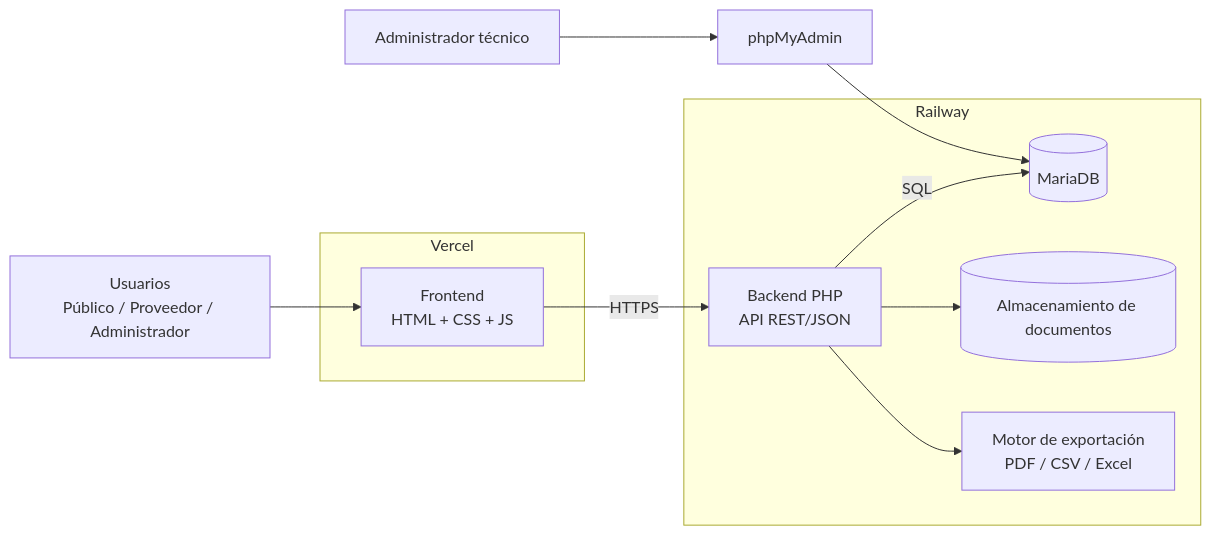
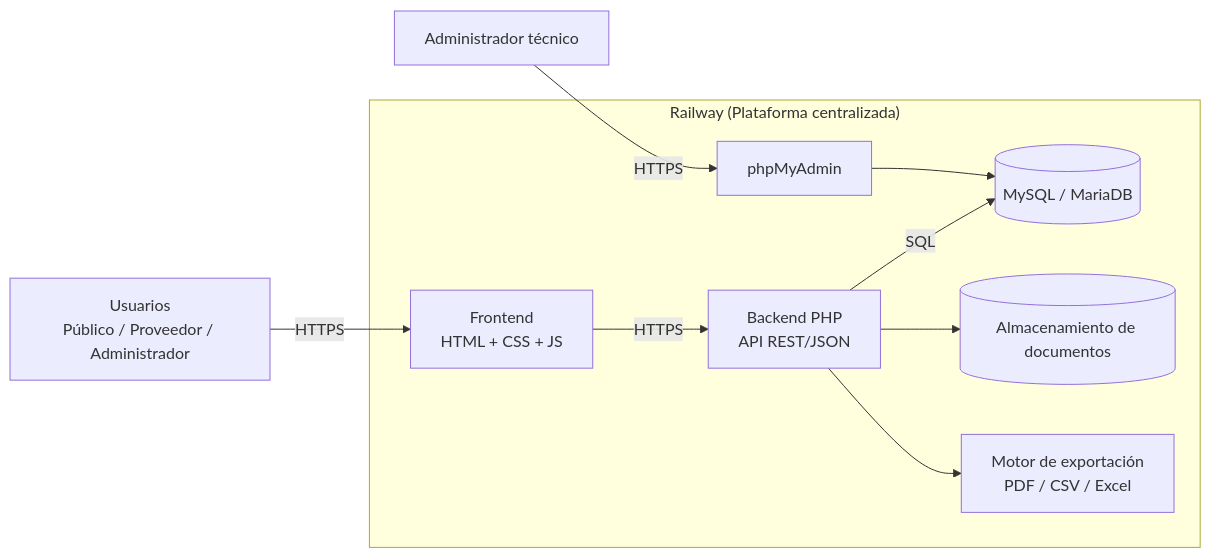
The first of 2 diagrams in arquitectura_infraestructura.md (KarlSlim7k/SGPLOPyPC), drawn with Mermaid before and after one commit. The commit also changed other lines of this file, not shown here.

Commit message:
docs: update architecture documentation to centralize deployment on Railway

````diff
--- a/arquitectura_infraestructura.md
+++ b/arquitectura_infraestructura.md
@@ -25,24 +27,22 @@
 ```mermaid
 flowchart LR
     U[Usuarios<br/>Público / Proveedor / Administrador]
     A[Administrador técnico]
 
-    subgraph VER["Vercel"]
+    subgraph RLY["Railway (Plataforma centralizada)"]
       FE[Frontend<br/>HTML + CSS + JS]
-    end
-
-    subgraph RLY["Railway"]
       BE[Backend PHP<br/>API REST/JSON]
-      DB[(MariaDB)]
+      DB[(MySQL / MariaDB)]
+      PMA[phpMyAdmin]
       FS[(Almacenamiento de documentos)]
       REP[Motor de exportación<br/>PDF / CSV / Excel]
     end
 
-    U --> FE
+    U -->|HTTPS| FE
     FE -->|HTTPS| BE
     BE -->|SQL| DB
     BE --> FS
     BE --> REP
-    A --> PMA[phpMyAdmin]
+    A -->|HTTPS| PMA
     PMA --> DB
 ```
````
